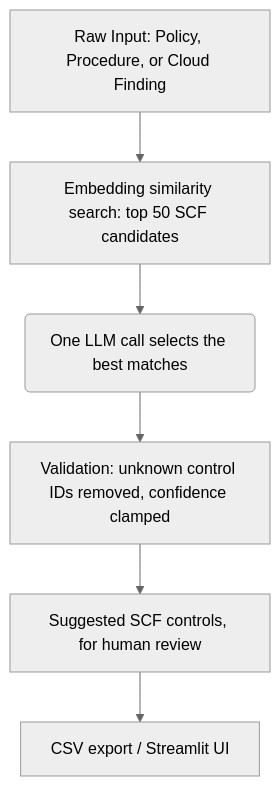
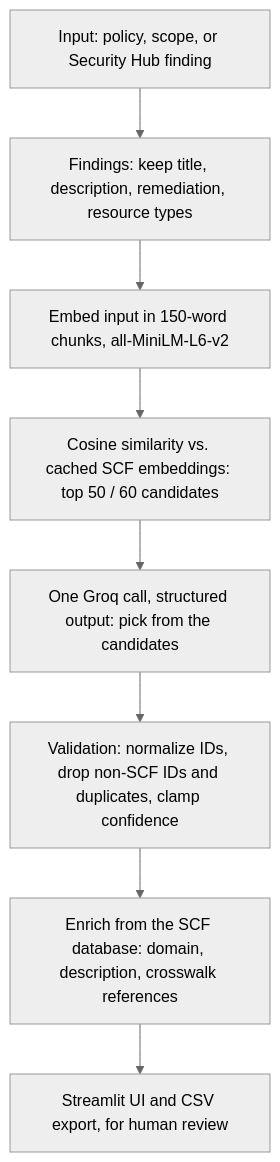
The diagram in README.md (tvobrachini/scf-auto-crosswalker), drawn with Mermaid (neutral theme) before and after one commit. The commit also changed other lines of this file and 5 other files, not shown here.

````diff
--- a/README.md
+++ b/README.md
@@ -21,8 +28,10 @@
 ```mermaid
 graph TD
-    A[Raw Input: Policy, Procedure, or Cloud Finding] --> B[Embedding similarity search: top 50 SCF candidates]
-    B --> C(One LLM call selects the best matches)
-    C --> D[Validation: unknown control IDs removed, confidence clamped]
-    D --> E[Suggested SCF controls, for human review]
-    E --> F[CSV export / Streamlit UI]
+    A[Input: policy, scope, or Security Hub finding] --> B[Findings: keep title, description, remediation, resource types]
+    B --> C[Embed input in 150-word chunks, all-MiniLM-L6-v2]
+    C --> D[Cosine similarity vs. cached SCF embeddings: top 50 / 60 candidates]
+    D --> E[One Groq call, structured output: pick from the candidates]
+    E --> F[Validation: normalize IDs, drop non-SCF IDs and duplicates, clamp confidence]
+    F --> G[Enrich from the SCF database: domain, description, crosswalk references]
+    G --> H[Streamlit UI and CSV export, for human review]
 ```
````
